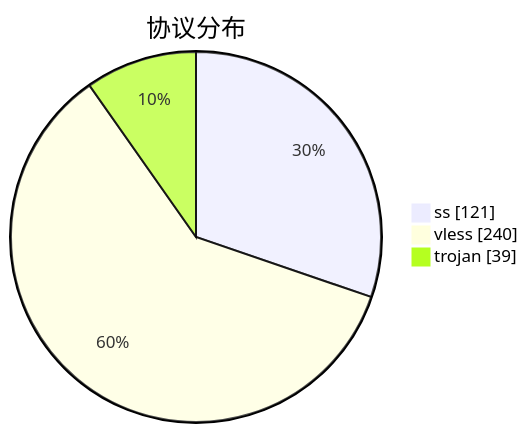
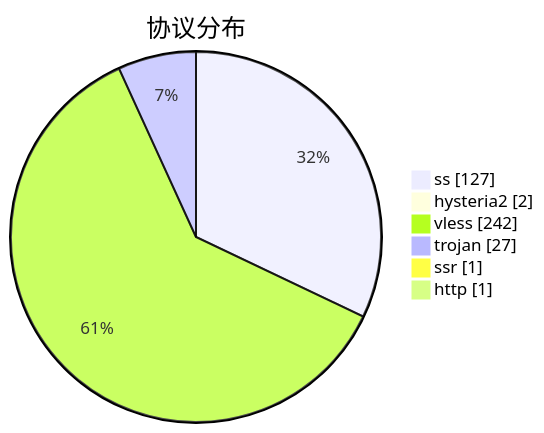
Before and after one commit to qjlxg/airport: the third of 3 diagrams in subs/statistics/tested_within.md, drawn with Mermaid. The commit also changed other lines of this file and 2 other files, not shown here.

````diff
--- a/subs/statistics/tested_within.md
+++ b/subs/statistics/tested_within.md
@@ -19,7 +18,10 @@
 ```mermaid
 pie showData
 title 协议分布
-"ss" : 121
-"vless" : 240
-"trojan" : 39
+"ss" : 127
+"hysteria2" : 2
+"vless" : 242
+"trojan" : 27
+"ssr" : 1
+"http" : 1
 ```
````
